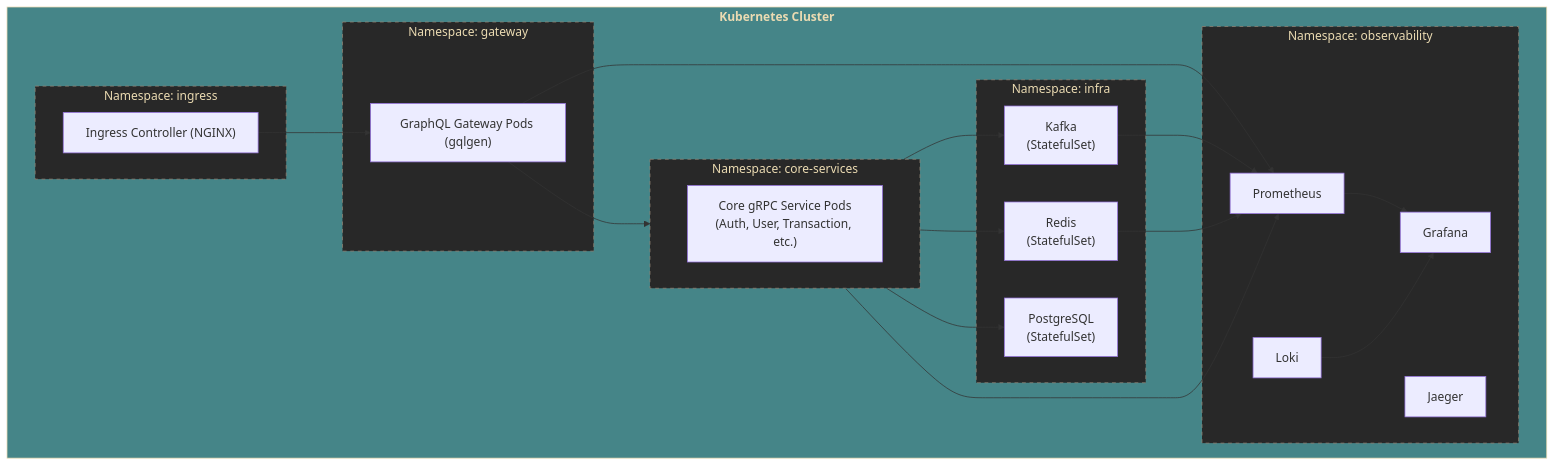
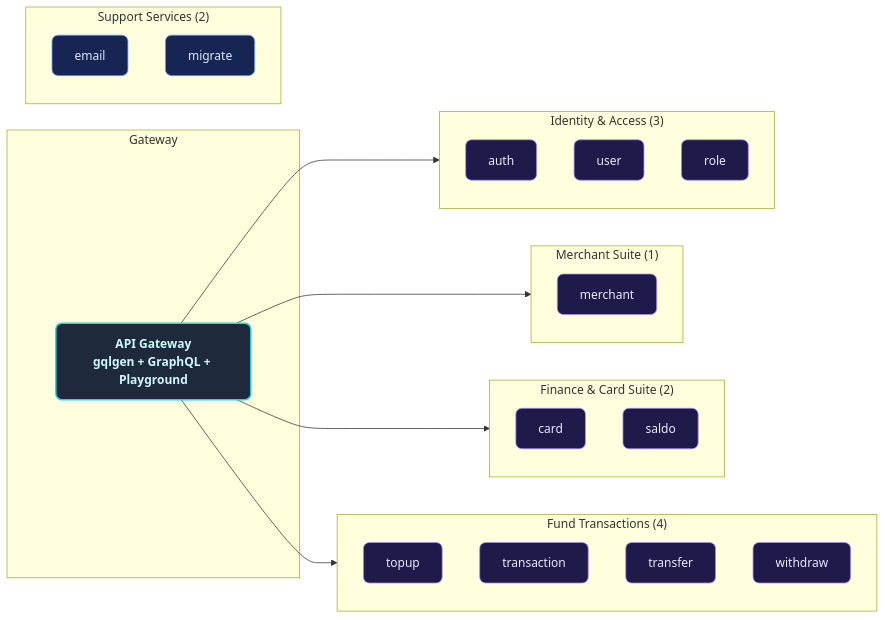
One commit to MamangRust/monolith-graphql-paymentgateway-grpc changed the second of 8 diagrams in README.md. Above: the diagram before and after it, drawn with Mermaid. The commit also changed other lines of this file, not shown here.

Commit message:
docs: rewrite README to provide a concise architectural overview and project summary

````diff
--- a/README.md
+++ b/README.md
@@ -144,42 +147,42 @@
 ```mermaid
-flowchart TD
-    subgraph K8s["Kubernetes Cluster"]
-        subgraph IngressNS["Namespace: ingress"]
-            NGINX["Ingress Controller (NGINX)"]
-        end
+graph LR
+    classDef svc fill:#1e1b4b,stroke:#a78bfa,color:#ede9fe,stroke-width:1px,rx:8
+    classDef gw fill:#1e293b,stroke:#22d3ee,color:#cffafe,stroke-width:2px,rx:8,font-weight:bold
+    classDef support fill:#172554,stroke:#60a5fa,color:#dbeafe,stroke-width:1px,rx:8
 
-        subgraph GatewayNS["Namespace: gateway"]
-            APIG["GraphQL Gateway Pods (gqlgen)"]
-        end
-
-        subgraph CoreNS["Namespace: core-services"]
-            direction LR
-            Services["Core gRPC Service Pods\n(Auth, User, Transaction, etc.)"]
-        end
-
-        subgraph InfraNS["Namespace: infra"]
-            Kafka["Kafka\n(StatefulSet)"]
-            Redis["Redis\n(StatefulSet)"]
-            DB["PostgreSQL\n(StatefulSet)"]
-        end
-
-        subgraph ObsNS["Namespace: observability"]
-            Prometheus["Prometheus"]
-            Loki["Loki"]
-            Grafana["Grafana"]
-            Jaeger["Jaeger"]
-        end
+    subgraph Gateway
+        API["API Gateway<br/>gqlgen + GraphQL + Playground"]:::gw
     end
 
-    NGINX --> APIG
-    APIG --> Services
-    Services --> Kafka & Redis & DB
-    Services & APIG & Kafka & Redis --> Prometheus
-    Prometheus & Loki --> Grafana
+    subgraph Identity["Identity & Access (3)"]
+        A1["auth"]:::svc
+        A2["user"]:::svc
+        A3["role"]:::svc
+    end
 
-    classDef k8s fill:#458588,stroke:#ebdbb2,color:#ebdbb2,font-weight:bold;
-    classDef ns fill:#282828,stroke:#928374,color:#ebdbb2,stroke-dasharray: 5 5;
-    
-    class K8s k8s;
-    class IngressNS,GatewayNS,CoreNS,InfraNS,ObsNS ns;
+    subgraph Merchant["Merchant Suite (1)"]
+        M1["merchant"]:::svc
+    end
+
+    subgraph Finance["Finance & Card Suite (2)"]
+        F1["card"]:::svc
+        F2["saldo"]:::svc
+    end
+
+    subgraph Movements["Fund Transactions (4)"]
+        T1["topup"]:::svc
+        T2["transaction"]:::svc
+        T3["transfer"]:::svc
+        T4["withdraw"]:::svc
+    end
+
+    subgraph Support["Support Services (2)"]
+        S1["email"]:::support
+        S2["migrate"]:::support
+    end
+
+    API --> Identity
+    API --> Merchant
+    API --> Finance
+    API --> Movements
 ```
````
